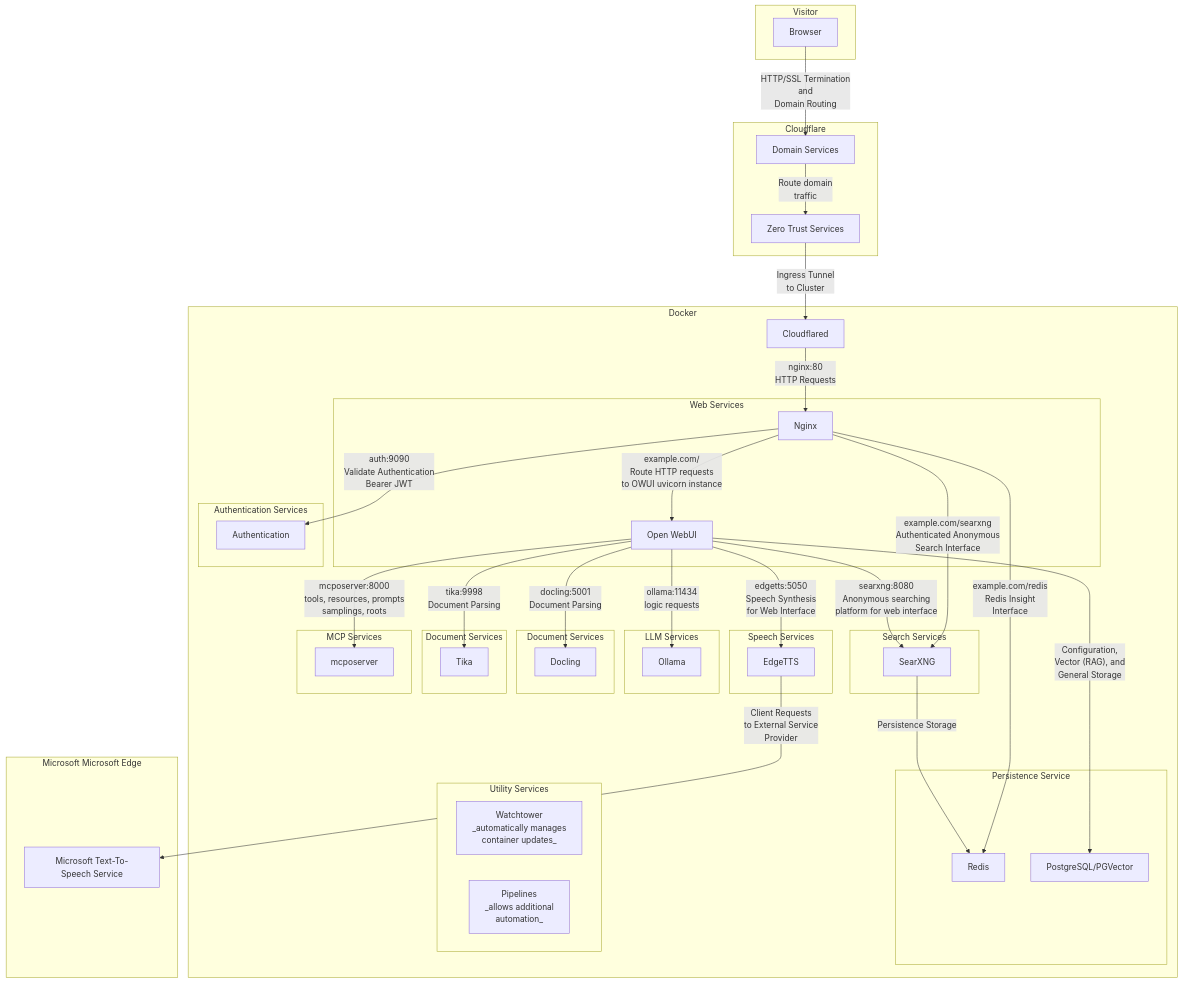
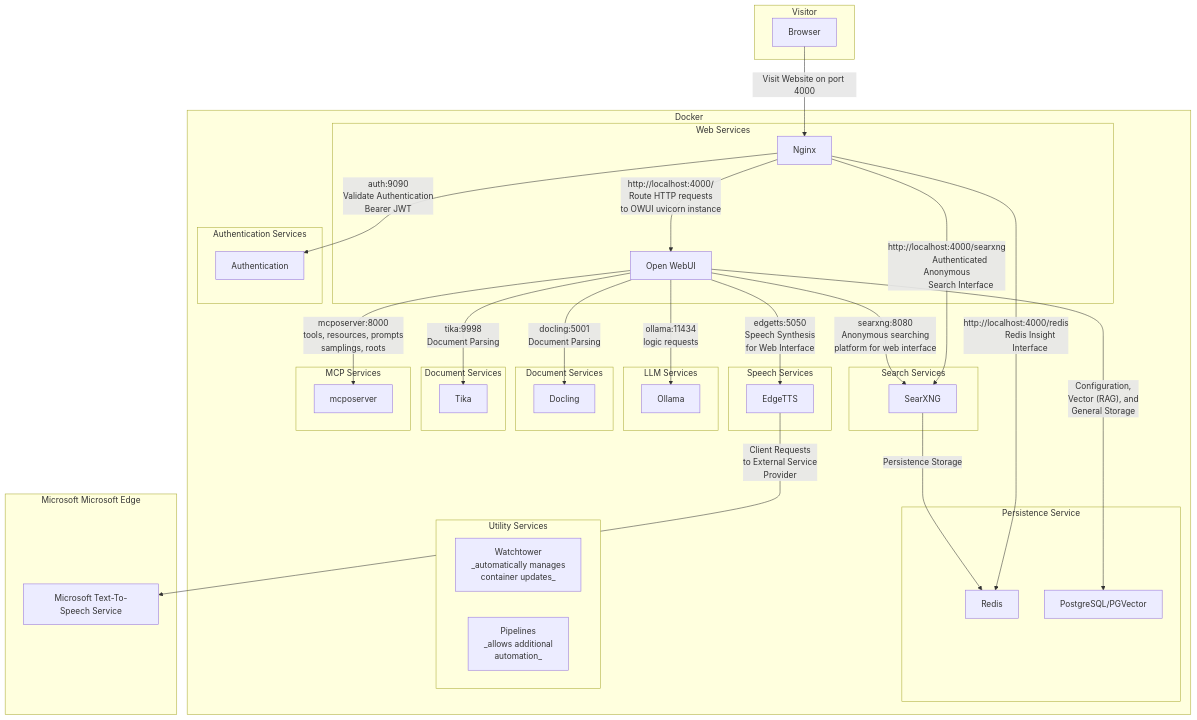
The diagram in docs/service-architecture-diagram.md (iamobservable/open-webui-starter), drawn with Mermaid before and after one commit. The commit also changed 18 other files, not shown here.

```diff
--- a/docs/service-architecture-diagram.md
+++ b/docs/service-architecture-diagram.md
@@ -6,49 +6,27 @@
         browser[Browser]
     end
 
-    subgraph Cloudflare
-        customdomain[Domain Services]
-        zerotrusttunnel[Zero Trust Services]
-    end
-
-    %% Cloudflare
-    browser -- 
-        HTTP/SSL Termination
-        and
-        Domain Routing
-    --> customdomain --
-        Route domain
-        traffic
-    --> zerotrusttunnel
+    browser --
+        Visit Website on port 4000
+    --> nginx
 
     subgraph Docker
-        cloudflared[Cloudflared]
-
-        zerotrusttunnel --
-            Ingress Tunnel
-            to Cluster
-        --> cloudflared
-
         subgraph Web Services
             nginx[Nginx]
             openwebui[Open WebUI]
         end
 
-        cloudflared -- "nginx:80"
-            HTTP Requests
-        --> nginx
-
-        nginx -- "example.com/"
+        nginx -- "http://localhost:4000/"
             Route HTTP requests
             to OWUI uvicorn instance
         --> openwebui
 
-        nginx -- "example.com/redis"
+        nginx -- "http://localhost:4000/redis"
             Redis Insight
             Interface
         --> redis
 
-        nginx -- "example.com/searxng"
+        nginx -- "http://localhost:4000/searxng"
             Authenticated Anonymous
             Search Interface
         --> searxng
```
